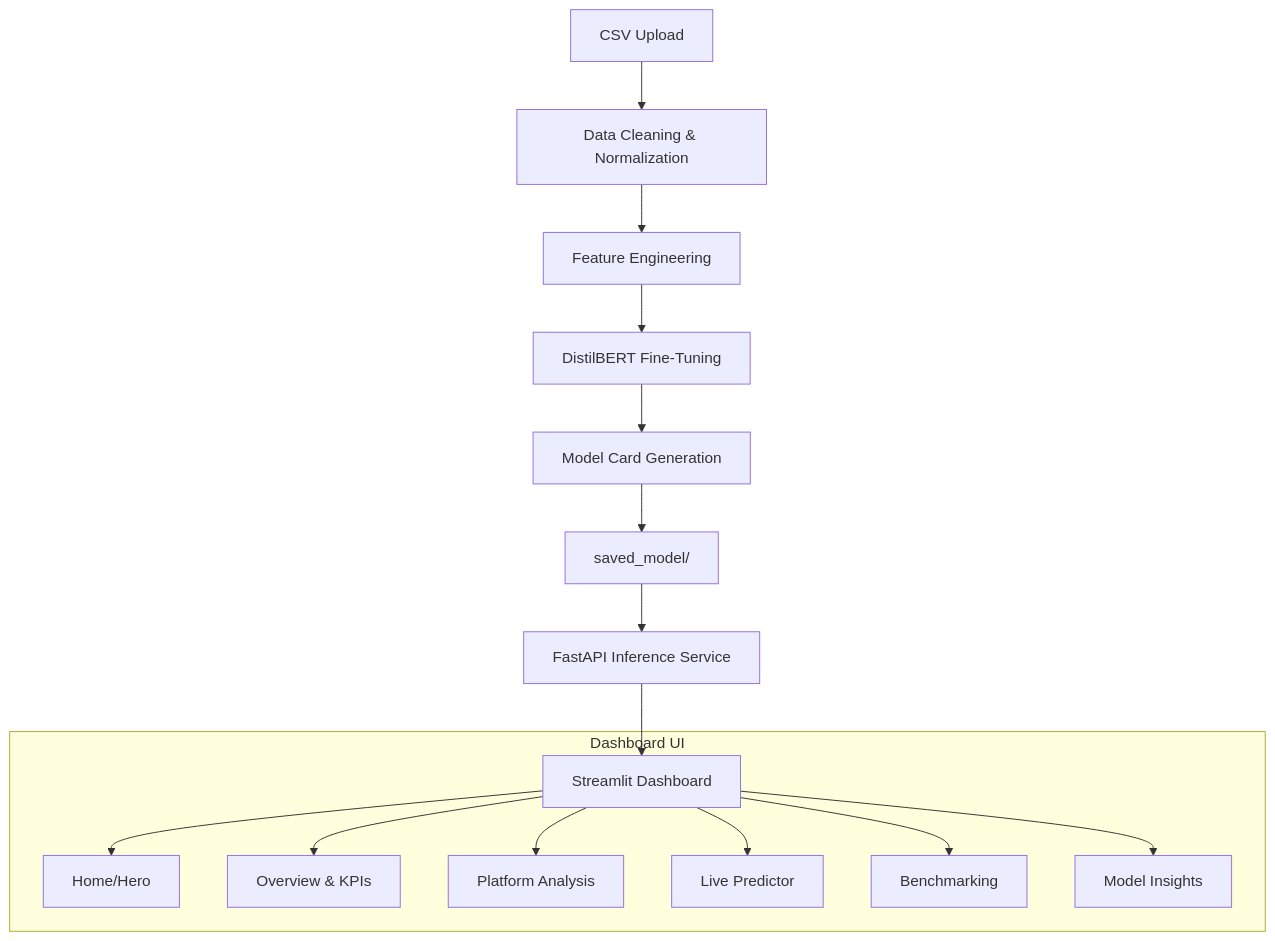
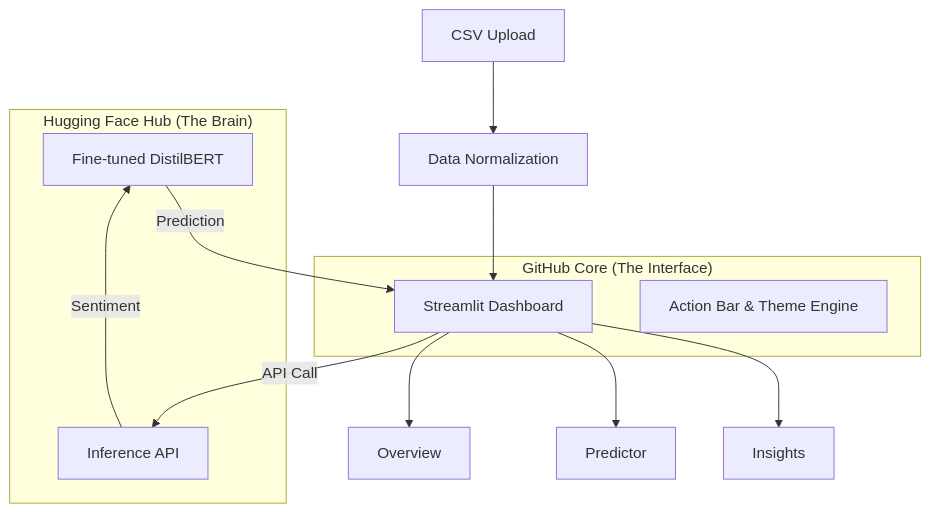
Before and after one commit to sanjaykumar258/-Sentiment-Analysis-Dashboard: the diagram in README.md, drawn with Mermaid. The commit also changed other lines of this file, not shown here.

Commit message:
docs: update README with Hugging Face integration and new features

````diff
--- a/README.md
+++ b/README.md
@@ -72,20 +85,22 @@
 ```mermaid
 graph TD
-    A[CSV Upload] --> B[Data Cleaning & Normalization]
-    B --> C[Feature Engineering]
-    C --> D[DistilBERT Fine-Tuning]
-    D --> E[Model Card Generation]
-    E --> F[saved_model/]
+    subgraph "Hugging Face Hub (The Brain)"
+        HF[Fine-tuned DistilBERT]
+        API[Inference API]
+    end
+
+    subgraph "GitHub Core (The Interface)"
+        GH[Streamlit Dashboard]
+        ACT[Action Bar & Theme Engine]
+    end
+
+    A[CSV Upload] --> B[Data Normalization]
+    B --> GH
+    GH -- "API Call" --> API
+    API -- "Sentiment" --> HF
+    HF -- "Prediction" --> GH
     
-    F --> G[FastAPI Inference Service]
-    G --> H[Streamlit Dashboard]
-    
-    subgraph "Dashboard UI"
-    H --> I[Home/Hero]
-    H --> J[Overview & KPIs]
-    H --> K[Platform Analysis]
-    H --> L[Live Predictor]
-    H --> M[Benchmarking]
-    H --> N[Model Insights]
-    end
+    GH --> P1[Overview]
+    GH --> P2[Predictor]
+    GH --> P3[Insights]
 ```
````
